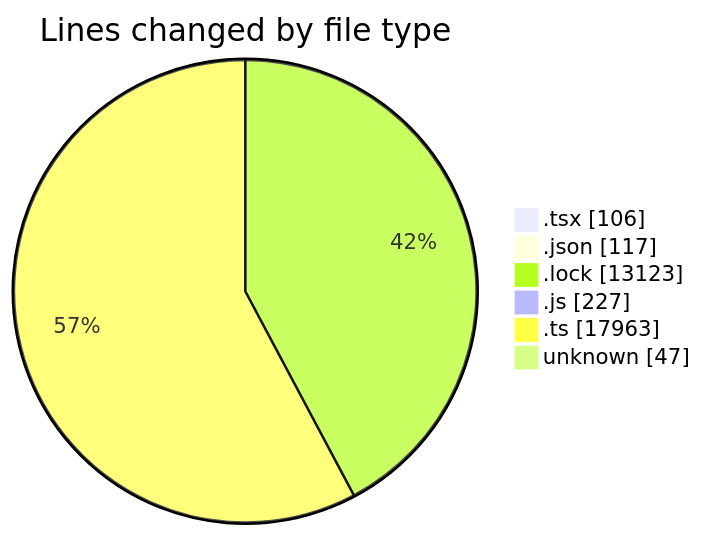
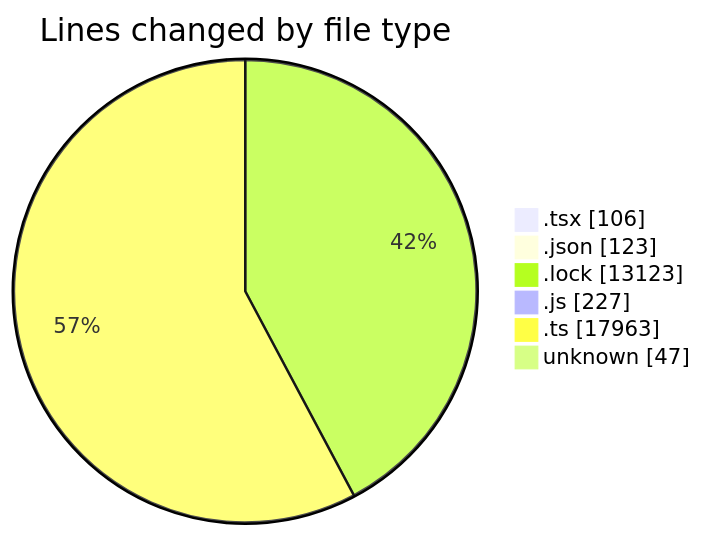
The first of 2 diagrams in 2025-09-03/cda/README.md (momahboobian/code-tracking), drawn with Mermaid before and after one commit. The commit also changed other lines of this file and 1 other file, not shown here.

````diff
--- a/2025-09-03/cda/README.md
+++ b/2025-09-03/cda/README.md
@@ -37,10 +37,10 @@
 ```mermaid
 pie showData
 title Lines changed by file type
 ".tsx" : 106
-".json" : 117
+".json" : 123
 ".lock" : 13123
 ".js" : 227
 ".ts" : 17963
 "unknown" : 47
 ```
````
